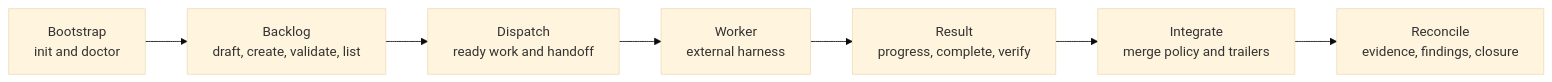
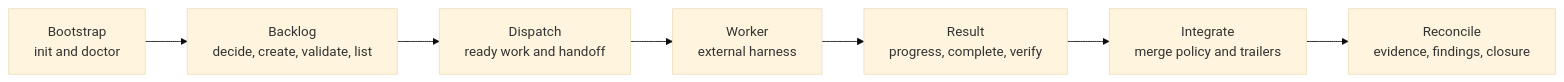
Before and after one commit to junousia/platypus-mcp: the diagram in docs/tools.md, drawn with Mermaid (base theme). The commit also changed other lines of this file and 179 other files, not shown here.

````diff
--- a/docs/tools.md
+++ b/docs/tools.md
@@ -72,12 +75,12 @@
 ```mermaid
 flowchart LR
     bootstrap["Bootstrap<br/>init and doctor"]
-    backlog["Backlog<br/>draft, create, validate, list"]
+    backlog["Backlog<br/>decide, create, validate, list"]
     dispatch["Dispatch<br/>ready work and handoff"]
     worker["Worker<br/>external harness"]
     result["Result<br/>progress, complete, verify"]
     integrate["Integrate<br/>merge policy and trailers"]
     reconcile["Reconcile<br/>evidence, findings, closure"]
 
     bootstrap --> backlog --> dispatch --> worker --> result --> integrate --> reconcile
 ```
````
